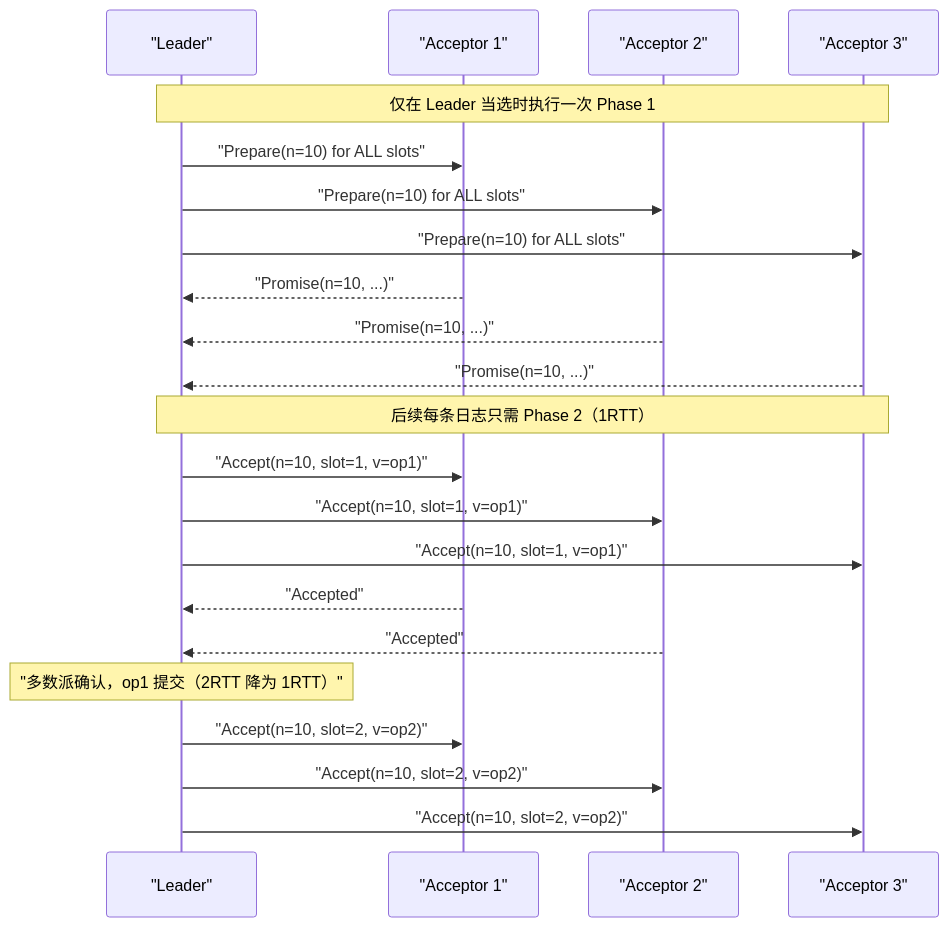
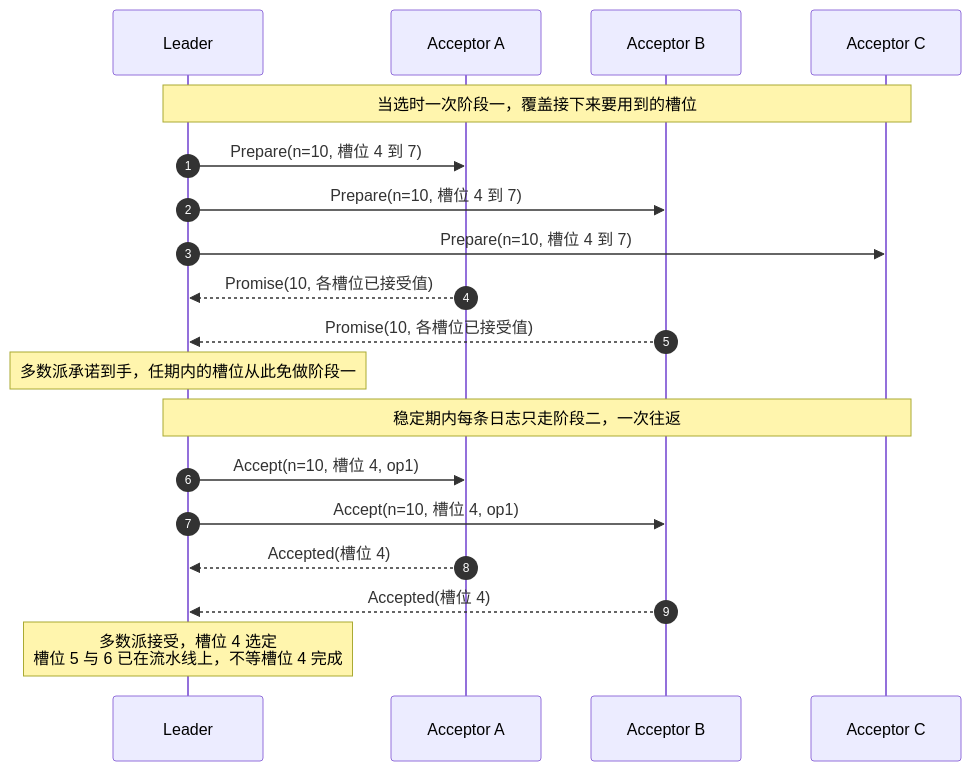
Before and after one commit to hpliStartAgain/my-brain: the fourth of 4 diagrams in content/分布式架构/分布式系统原理与协议/04 Paxos 算法原理深度解析.md, drawn with Mermaid. The commit also changed other lines of this file and 259 other files, not shown here.

````diff
--- a/content/分布式架构/分布式系统原理与协议/04 Paxos 算法原理深度解析.md
+++ b/content/分布式架构/分布式系统原理与协议/04 Paxos 算法原理深度解析.md
@@ -524,31 +382,24 @@
 ```mermaid
 %%{init: {'theme': 'dracula'}}%%
 sequenceDiagram
-    participant L as "Leader"
-    participant A1 as "Acceptor 1"
-    participant A2 as "Acceptor 2"
-    participant A3 as "Acceptor 3"
+    autonumber
+    participant L as Leader
+    participant A1 as Acceptor A
+    participant A2 as Acceptor B
+    participant A3 as Acceptor C
 
-    Note over L,A3: 仅在 Leader 当选时执行一次 Phase 1
+    Note over L,A3: 当选时一次阶段一，覆盖接下来要用到的槽位
+    L->>A1: Prepare(n=10, 槽位 4 到 7)
+    L->>A2: Prepare(n=10, 槽位 4 到 7)
+    L->>A3: Prepare(n=10, 槽位 4 到 7)
+    A1-->>L: Promise(10, 各槽位已接受值)
+    A2-->>L: Promise(10, 各槽位已接受值)
+    Note over L: 多数派承诺到手，任期内的槽位从此免做阶段一
 
-    L->>A1: "Prepare(n=10) for ALL slots"
-    L->>A2: "Prepare(n=10) for ALL slots"
-    L->>A3: "Prepare(n=10) for ALL slots"
-    A1-->>L: "Promise(n=10, ...)"
-    A2-->>L: "Promise(n=10, ...)"
-    A3-->>L: "Promise(n=10, ...)"
-
-    Note over L,A3: 后续每条日志只需 Phase 2（1RTT）
-
-    L->>A1: "Accept(n=10, slot=1, v=op1)"
-    L->>A2: "Accept(n=10, slot=1, v=op1)"
-    L->>A3: "Accept(n=10, slot=1, v=op1)"
-    A1-->>L: "Accepted"
-    A2-->>L: "Accepted"
-
-    Note over L: "多数派确认，op1 提交（2RTT 降为 1RTT）"
-
-    L->>A1: "Accept(n=10, slot=2, v=op2)"
-    L->>A2: "Accept(n=10, slot=2, v=op2)"
-    L->>A3: "Accept(n=10, slot=2, v=op2)"
+    Note over L,A3: 稳定期内每条日志只走阶段二，一次往返
+    L->>A1: Accept(n=10, 槽位 4, op1)
+    L->>A2: Accept(n=10, 槽位 4, op1)
+    A1-->>L: Accepted(槽位 4)
+    A2-->>L: Accepted(槽位 4)
+    Note over L: 多数派接受，槽位 4 选定<br/>槽位 5 与 6 已在流水线上，不等槽位 4 完成
 ```
````
